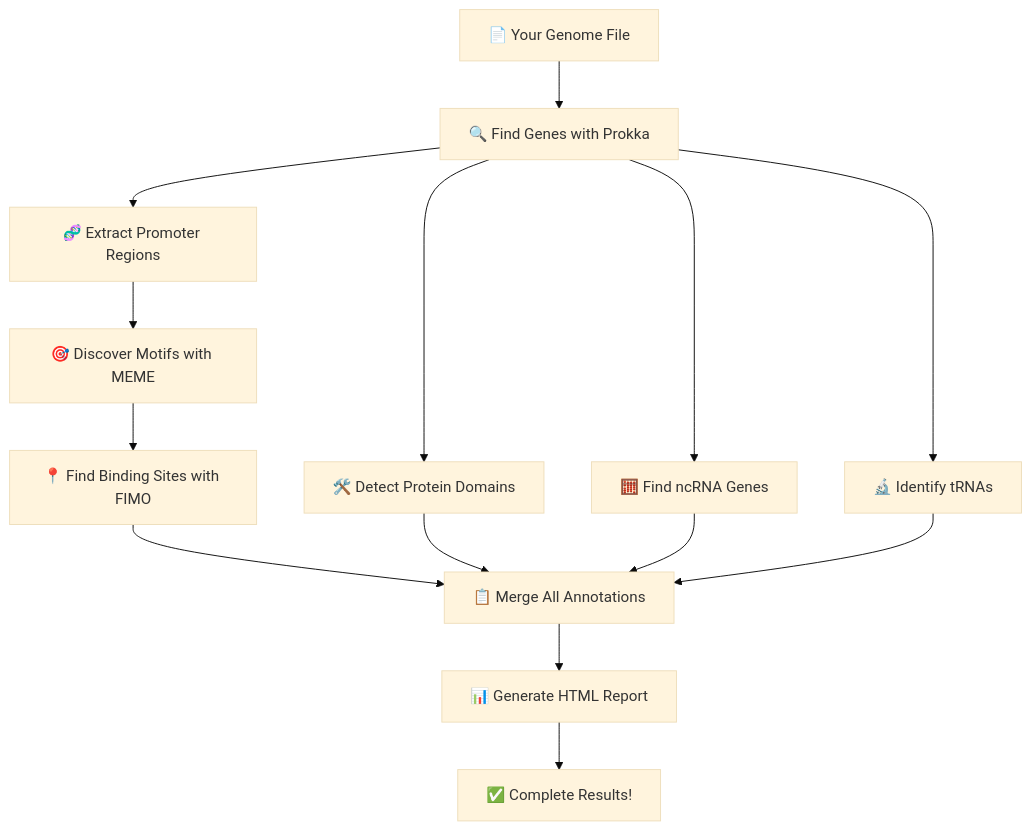
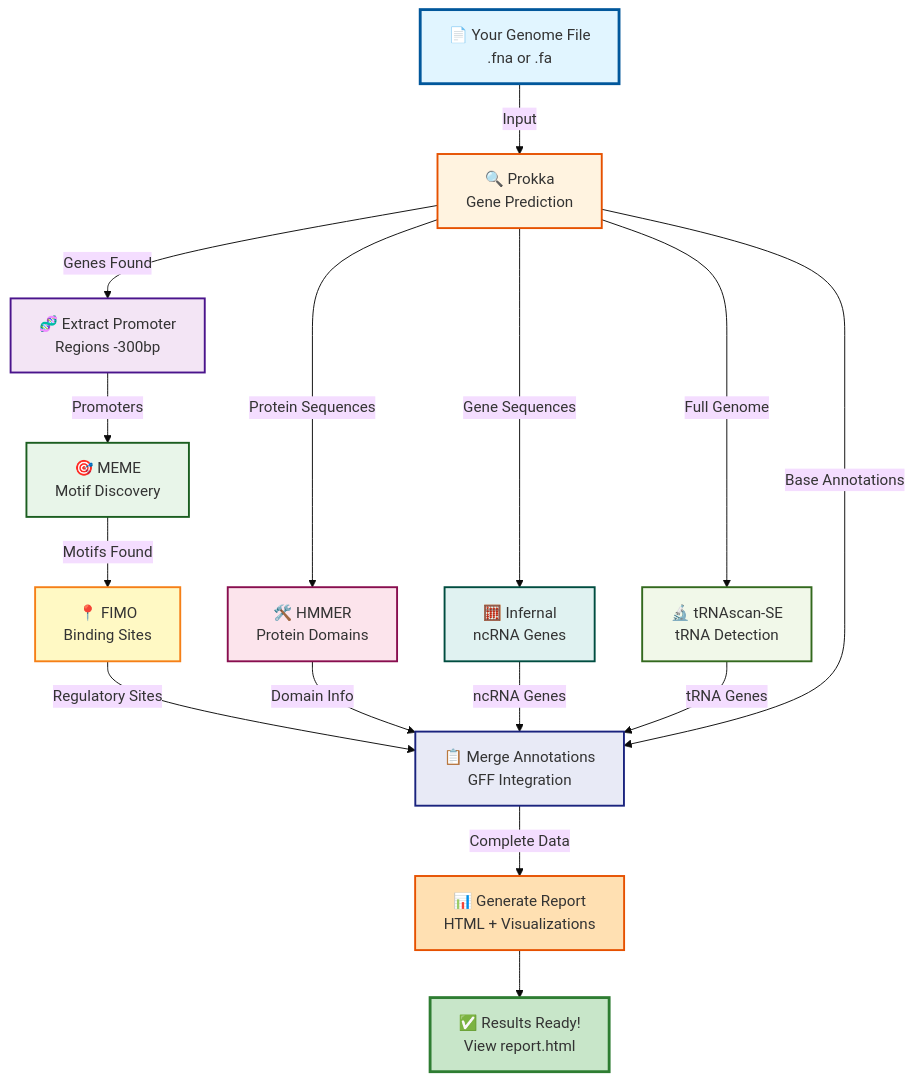
The diagram in group 7/README.md (Bharat-Genome-Database-BGDB/CoGe_Pipeline), drawn with Mermaid (base theme) before and after one commit. The commit also changed other lines of this file, not shown here.

````diff
--- a/group 7/README.md
+++ b/group 7/README.md
@@ -117,16 +301,33 @@
 ```mermaid
-graph TD
-    A[📄 Your Genome File] --> B[🔍 Find Genes with Prokka]
-    B --> C[🧬 Extract Promoter Regions]
-    C --> D[🎯 Discover Motifs with MEME]
-    D --> E[📍 Find Binding Sites with FIMO]
-    B --> F[🛠️ Detect Protein Domains]
-    B --> G[🧮 Find ncRNA Genes]
-    B --> H[🔬 Identify tRNAs]
-    E --> I[📋 Merge All Annotations]
-    F --> I
-    G --> I
-    H --> I
-    I --> J[📊 Generate HTML Report]
-    J --> K[✅ Complete Results!]
+graph TB
+    A[📄 Your Genome File<br/>.fna or .fa] -->|Input| B[🔍 Prokka<br/>Gene Prediction]
+    
+    B -->|Genes Found| C[🧬 Extract Promoter<br/>Regions -300bp]
+    B -->|Protein Sequences| F[🛠️ HMMER<br/>Protein Domains]
+    B -->|Gene Sequences| G[🧮 Infernal<br/>ncRNA Genes]
+    B -->|Full Genome| H[🔬 tRNAscan-SE<br/>tRNA Detection]
+    
+    C -->|Promoters| D[🎯 MEME<br/>Motif Discovery]
+    D -->|Motifs Found| E[📍 FIMO<br/>Binding Sites]
+    
+    E -->|Regulatory Sites| I[📋 Merge Annotations<br/>GFF Integration]
+    F -->|Domain Info| I
+    G -->|ncRNA Genes| I
+    H -->|tRNA Genes| I
+    B -->|Base Annotations| I
+    
+    I -->|Complete Data| J[📊 Generate Report<br/>HTML + Visualizations]
+    J --> K[✅ Results Ready!<br/>View report.html]
+    
+    style A fill:#e1f5ff,stroke:#01579b,stroke-width:3px
+    style B fill:#fff3e0,stroke:#e65100,stroke-width:2px
+    style C fill:#f3e5f5,stroke:#4a148c,stroke-width:2px
+    style D fill:#e8f5e9,stroke:#1b5e20,stroke-width:2px
+    style E fill:#fff9c4,stroke:#f57f17,stroke-width:2px
+    style F fill:#fce4ec,stroke:#880e4f,stroke-width:2px
+    style G fill:#e0f2f1,stroke:#004d40,stroke-width:2px
+    style H fill:#f1f8e9,stroke:#33691e,stroke-width:2px
+    style I fill:#e8eaf6,stroke:#1a237e,stroke-width:2px
+    style J fill:#ffe0b2,stroke:#e65100,stroke-width:2px
+    style K fill:#c8e6c9,stroke:#2e7d32,stroke-width:3px
 ```
````
